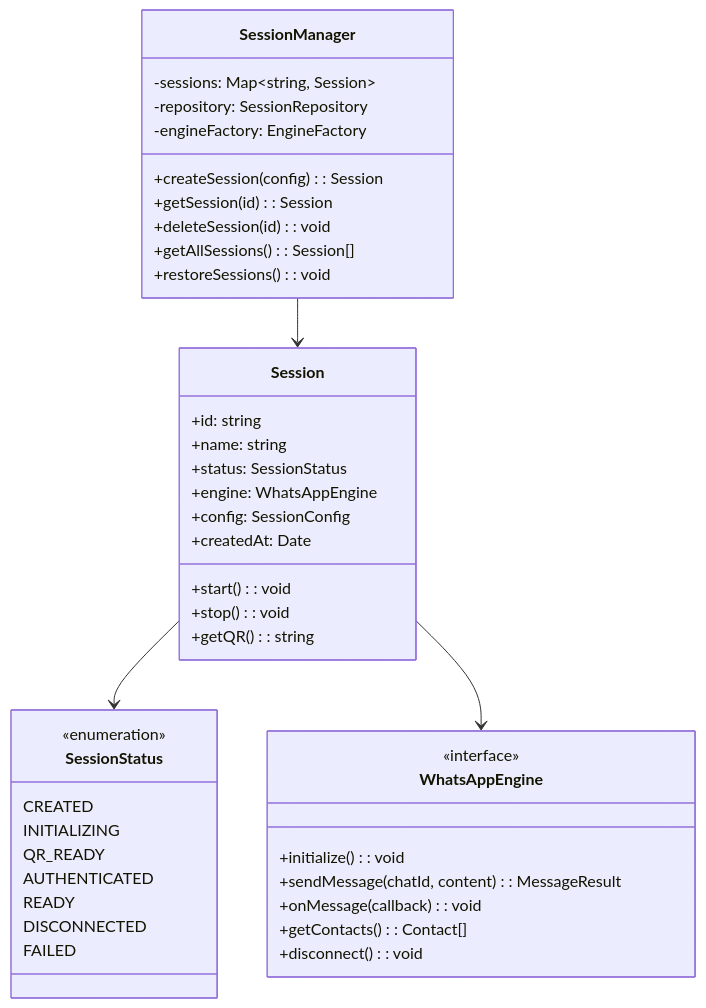
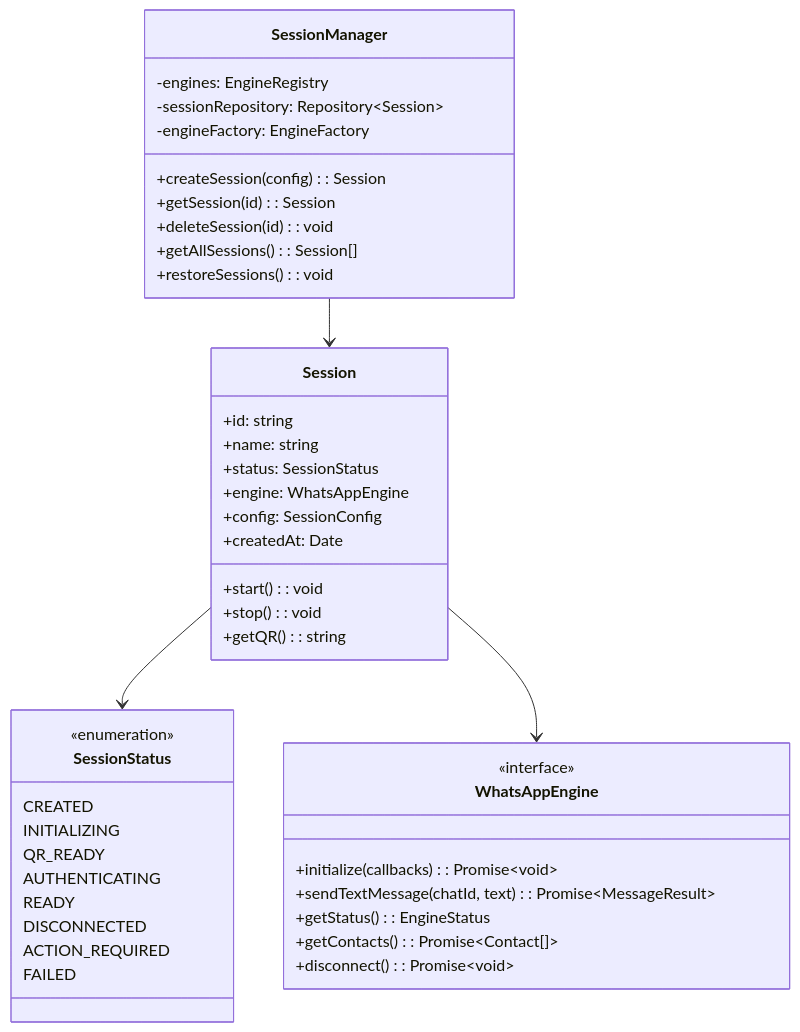
Before and after one commit to suryansh-business-work/duncit-all: the ninth of 24 diagrams in portals/crm/open-wa-server/docs/03-system-architecture.md, drawn with Mermaid. The commit also changed other lines of this file and 2547 other files, not shown here.

````diff
--- a/portals/crm/open-wa-server/docs/03-system-architecture.md
+++ b/portals/crm/open-wa-server/docs/03-system-architecture.md
@@ -495,49 +460,50 @@
 ```mermaid
 classDiagram
     class SessionManager {
-        -sessions: Map~string, Session~
-        -repository: SessionRepository
+        -engines: EngineRegistry
+        -sessionRepository: Repository~Session~
         -engineFactory: EngineFactory
         +createSession(config): Session
         +getSession(id): Session
         +deleteSession(id): void
         +getAllSessions(): Session[]
         +restoreSessions(): void
     }
-    
+
     class Session {
         +id: string
         +name: string
         +status: SessionStatus
         +engine: WhatsAppEngine
         +config: SessionConfig
         +createdAt: Date
         +start(): void
         +stop(): void
         +getQR(): string
     }
-    
+
     class SessionStatus {
         <<enumeration>>
         CREATED
         INITIALIZING
         QR_READY
-        AUTHENTICATED
+        AUTHENTICATING
         READY
         DISCONNECTED
+        ACTION_REQUIRED
         FAILED
     }
-    
+
     class WhatsAppEngine {
         <<interface>>
-        +initialize(): void
-        +sendMessage(chatId, content): MessageResult
-        +onMessage(callback): void
-        +getContacts(): Contact[]
-        +disconnect(): void
+        +initialize(callbacks): Promise~void~
+        +sendTextMessage(chatId, text): Promise~MessageResult~
+        +getStatus(): EngineStatus
+        +getContacts(): Promise~Contact[]~
+        +disconnect(): Promise~void~
     }
-    
+
     SessionManager --> Session
     Session --> SessionStatus
     Session --> WhatsAppEngine
 ```
````
